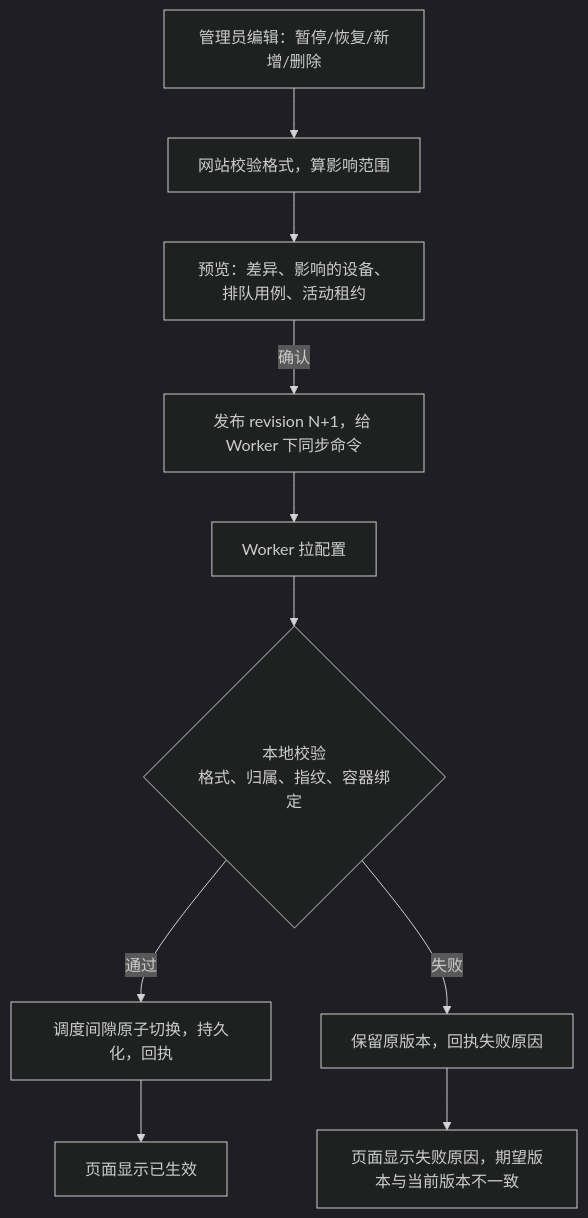
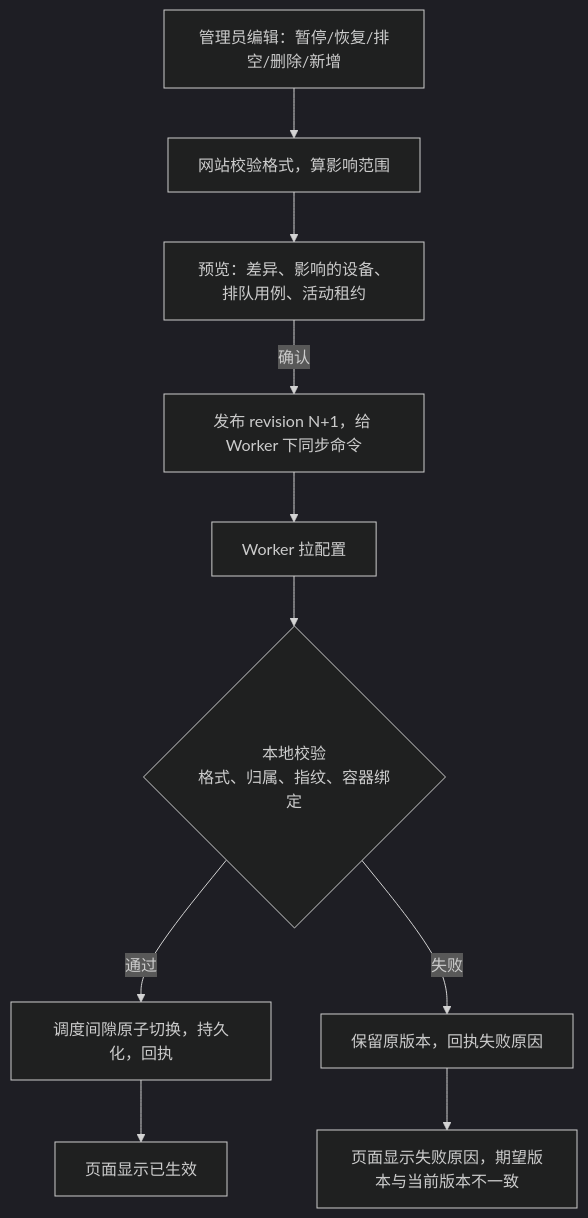
The seventh of 9 diagrams in control-center/docs/PRD.md (depeng1994/lite-actions), drawn with Mermaid (dark theme) before and after one commit. The commit also changed other lines of this file and 3 other files, not shown here.

````diff
--- a/control-center/docs/PRD.md
+++ b/control-center/docs/PRD.md
@@ -275,12 +278,12 @@
 ```mermaid
 flowchart TD
-    A[管理员编辑：暂停/恢复/新增/删除] --> B[网站校验格式，算影响范围]
+    A[管理员编辑：暂停/恢复/排空/删除/新增] --> B[网站校验格式，算影响范围]
     B --> C[预览：差异、影响的设备、排队用例、活动租约]
     C -->|确认| D[发布 revision N+1，给 Worker 下同步命令]
     D --> E[Worker 拉配置]
     E --> F{本地校验<br/>格式、归属、指纹、容器绑定}
     F -->|通过| G[调度间隙原子切换，持久化，回执]
     F -->|失败| H[保留原版本，回执失败原因]
     G --> I[页面显示已生效]
     H --> J[页面显示失败原因，期望版本与当前版本不一致]
 ```
````
